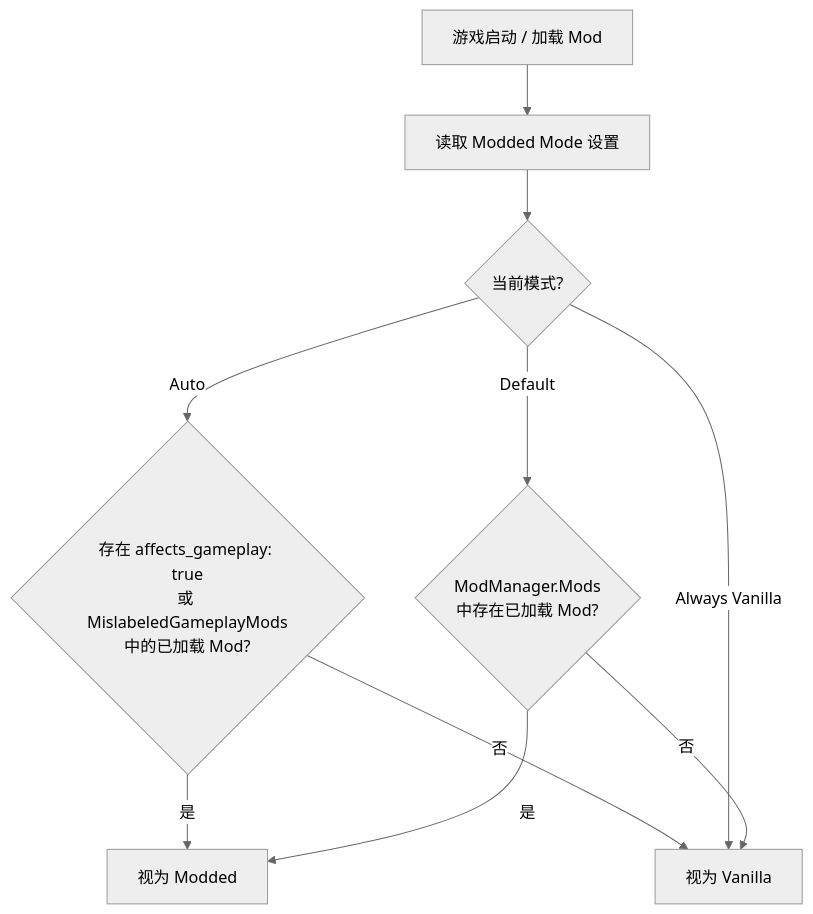
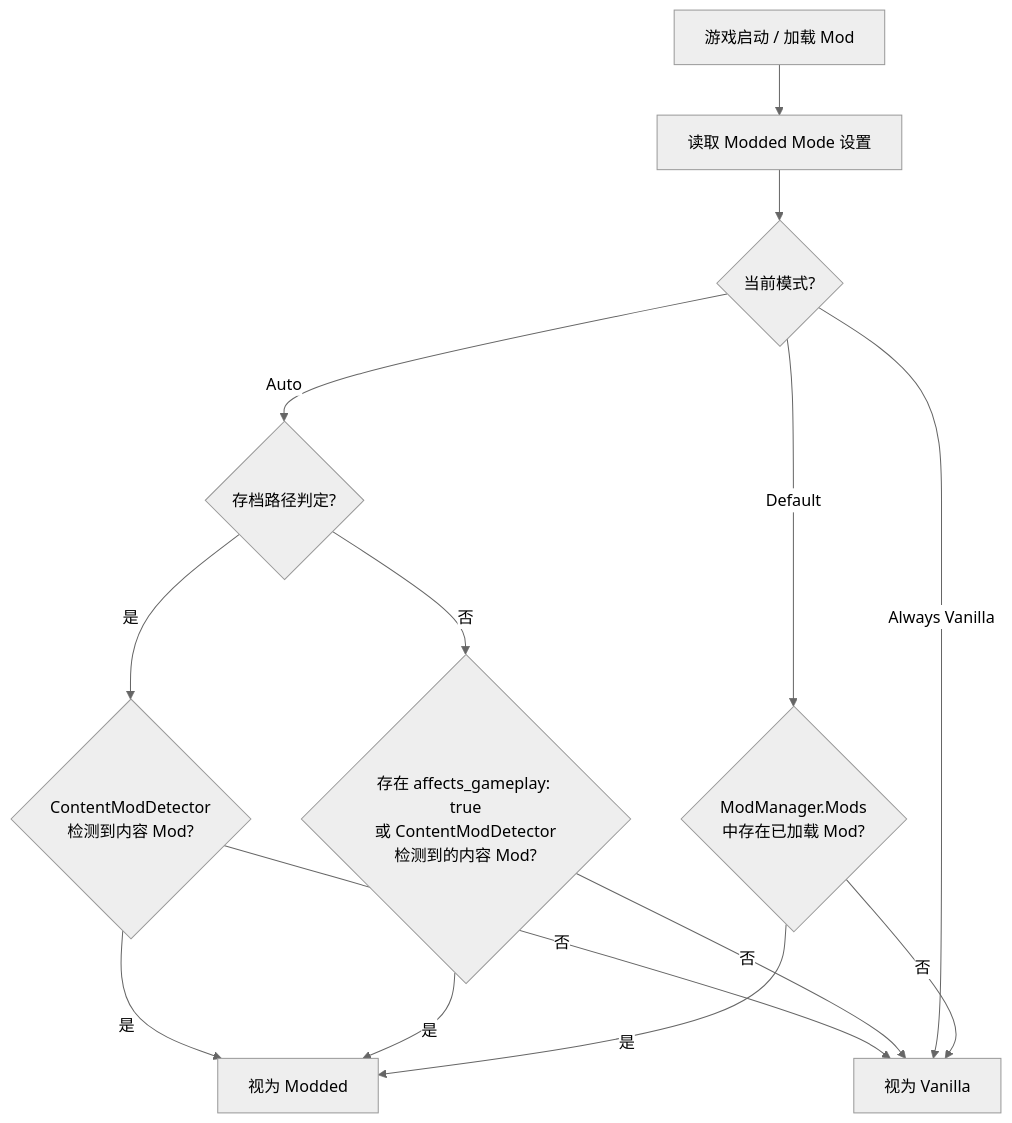
The first of 2 diagrams in README.md (xiting910/RespectAffectsGameplay), drawn with Mermaid (neutral theme) before and after one commit. The commit also changed other lines of this file and 20 other files, not shown here.

````diff
--- a/README.md
+++ b/README.md
@@ -147,12 +146,16 @@
 ```mermaid
 flowchart TD
     A[游戏启动 / 加载 Mod] --> B[读取 Modded Mode 设置]
     B --> C{当前模式?}
-    C -->|Auto| D{存在 affects_gameplay: true<br/>或 MislabeledGameplayMods<br/>中的已加载 Mod?}
-    D -->|是| E[视为 Modded]
-    D -->|否| F[视为 Vanilla]
+    C -->|Auto| D{存档路径判定?}
+    D -->|是| D1{ContentModDetector<br/>检测到内容 Mod?}
+    D1 -->|是| E[视为 Modded]
+    D1 -->|否| F[视为 Vanilla]
+    D -->|否| D2{存在 affects_gameplay: true<br/>或 ContentModDetector<br/>检测到的内容 Mod?}
+    D2 -->|是| E
+    D2 -->|否| F
     C -->|Always Vanilla| F
     C -->|Default| G{ModManager.Mods<br/>中存在已加载 Mod?}
     G -->|是| E
     G -->|否| F
 ```
````
